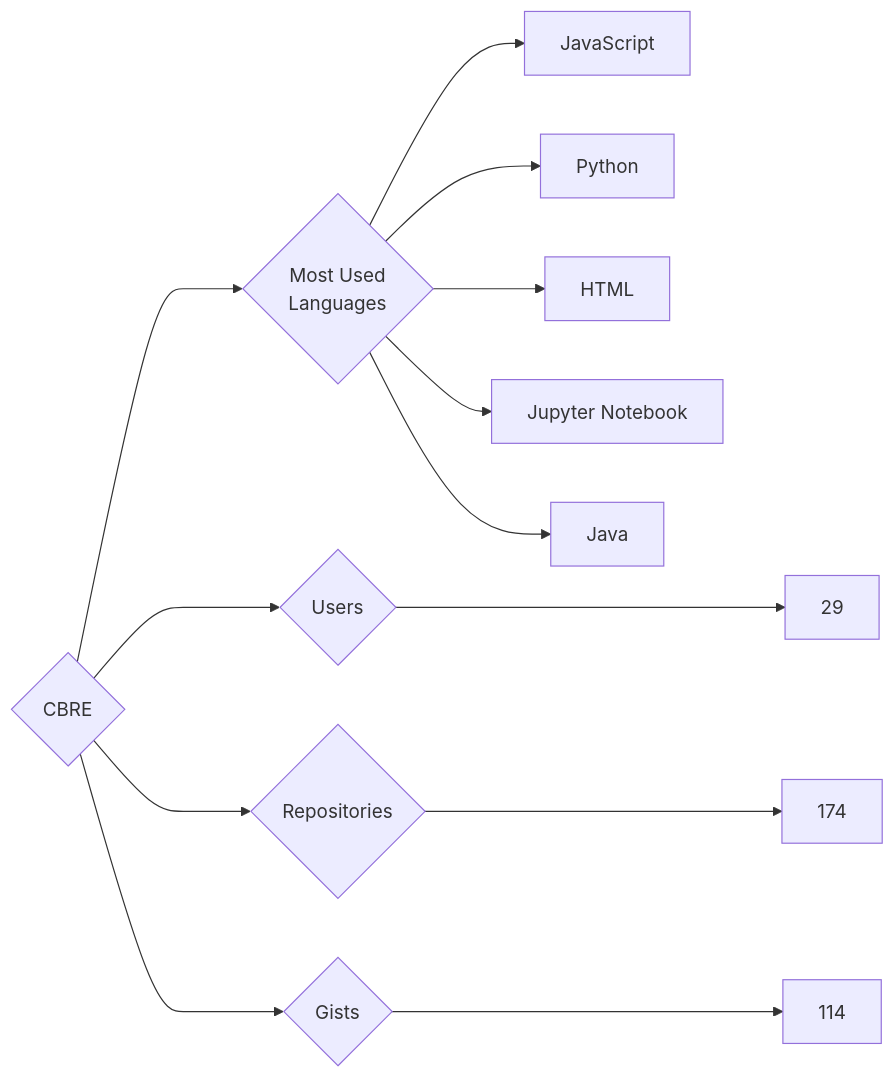
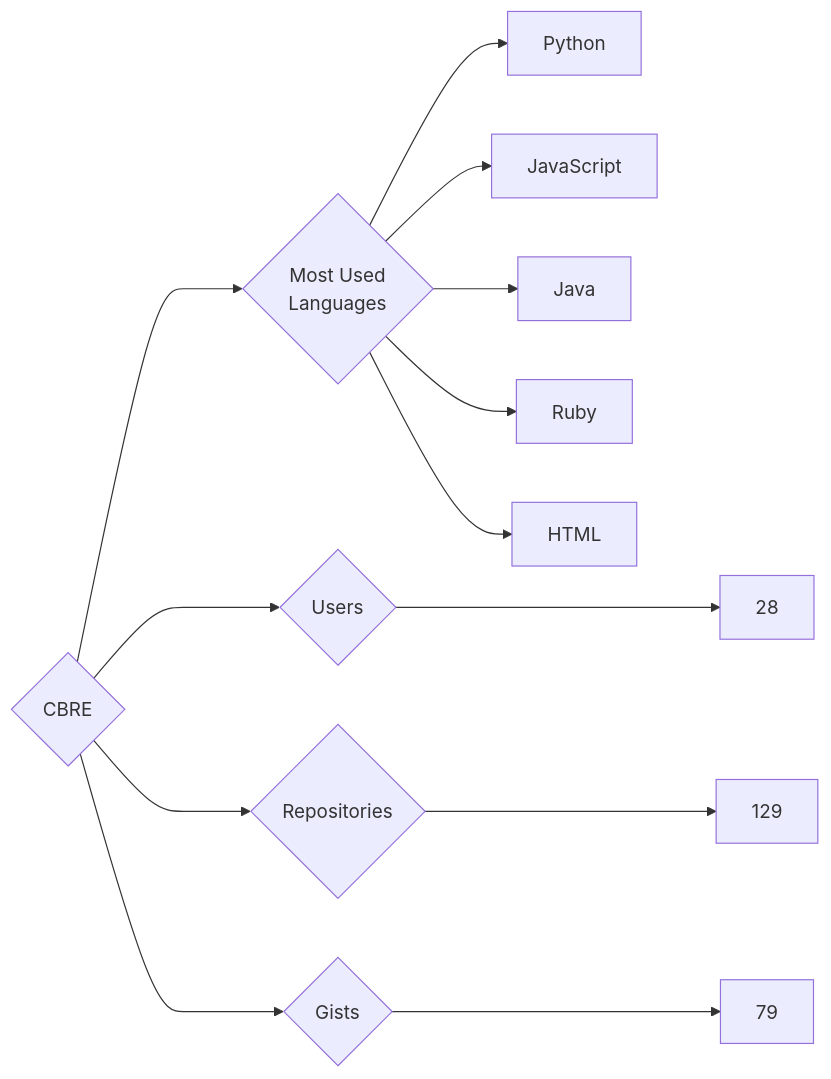
One commit to trickest/insiders changed the diagram in targets/CBRE/README.md. Above: the diagram before and after it, drawn with Mermaid. The commit also changed 927 other files, not shown here.

````diff
--- a/targets/CBRE/README.md
+++ b/targets/CBRE/README.md
@@ -3,13 +3,13 @@
 ```mermaid
 graph LR
 COMPANY_NAME{CBRE}
-COMPANY_NAME ---> U{Users} ---> UN[29]
-COMPANY_NAME ---> R{Repositories} ---> RN[174]
-COMPANY_NAME ---> G{Gists} ---> GN[114]
+COMPANY_NAME ---> U{Users} ---> UN[28]
+COMPANY_NAME ---> R{Repositories} ---> RN[129]
+COMPANY_NAME ---> G{Gists} ---> GN[79]
 COMPANY_NAME ---> ML{Most Used<br>Languages}
+ML --> Python[Python]
 ML --> JavaScript[JavaScript]
-ML --> Python[Python]
+ML --> Java[Java]
+ML --> Ruby[Ruby]
 ML --> HTML[HTML]
-ML --> Jupyter_Notebook[Jupyter Notebook]
-ML --> Java[Java]
 ```
````
